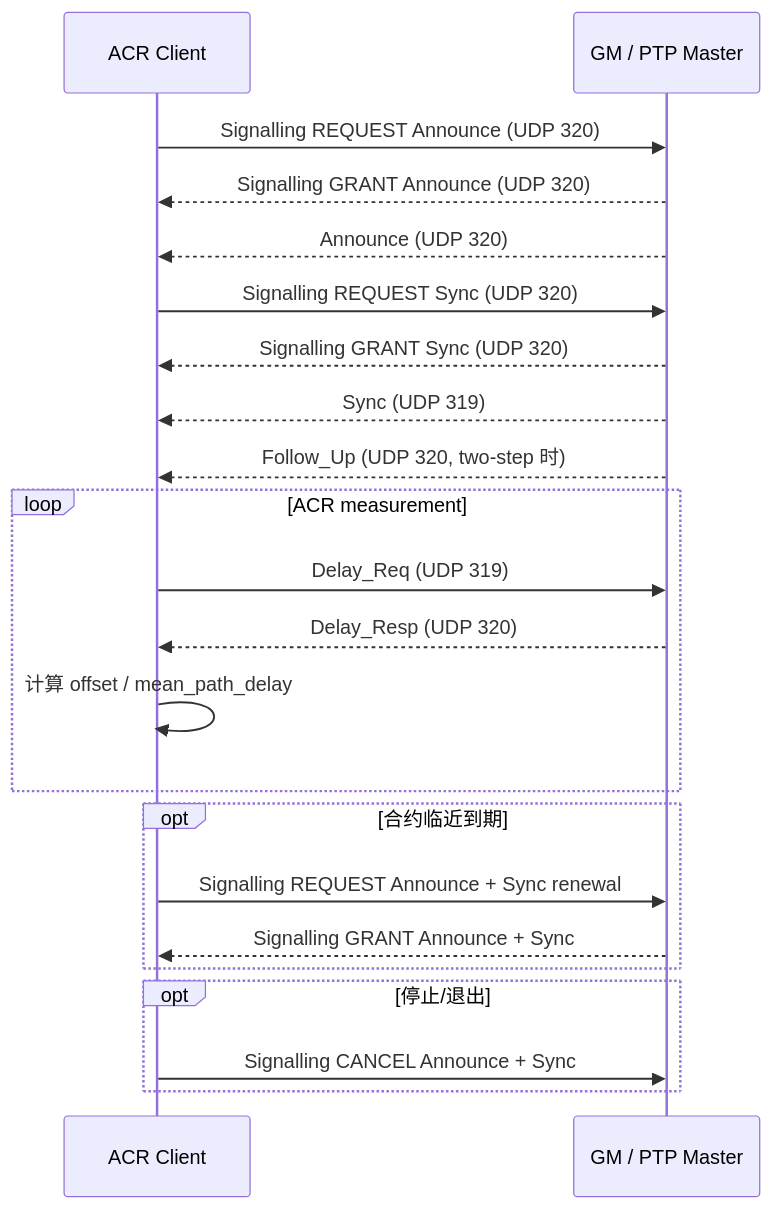
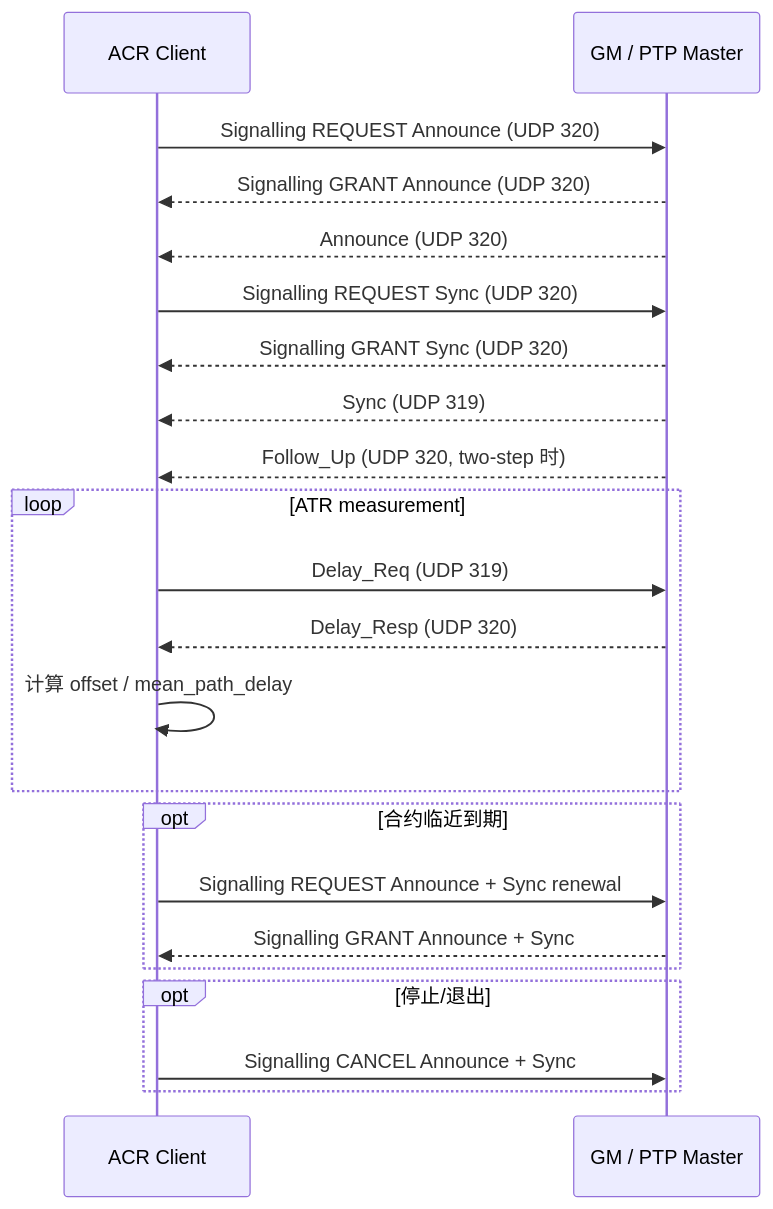
One commit to jianKangS1/ptp_client changed the first of 3 diagrams in docs/tool-sharing-guide.md. Above: the diagram before and after it, drawn with Mermaid. The commit also changed other lines of this file and 8 other files, not shown here.

````diff
--- a/docs/tool-sharing-guide.md
+++ b/docs/tool-sharing-guide.md
@@ -78,29 +78,29 @@
 ```mermaid
 sequenceDiagram
   participant C as ACR Client
   participant GM as GM / PTP Master
 
   C->>GM: Signalling REQUEST Announce (UDP 320)
   GM-->>C: Signalling GRANT Announce (UDP 320)
   GM-->>C: Announce (UDP 320)
 
   C->>GM: Signalling REQUEST Sync (UDP 320)
   GM-->>C: Signalling GRANT Sync (UDP 320)
   GM-->>C: Sync (UDP 319)
   GM-->>C: Follow_Up (UDP 320, two-step 时)
 
-  loop ACR measurement
+  loop ATR measurement
     C->>GM: Delay_Req (UDP 319)
     GM-->>C: Delay_Resp (UDP 320)
     C->>C: 计算 offset / mean_path_delay
   end
 
   opt 合约临近到期
     C->>GM: Signalling REQUEST Announce + Sync renewal
     GM-->>C: Signalling GRANT Announce + Sync
   end
 
   opt 停止/退出
     C->>GM: Signalling CANCEL Announce + Sync
   end
 ```
````
